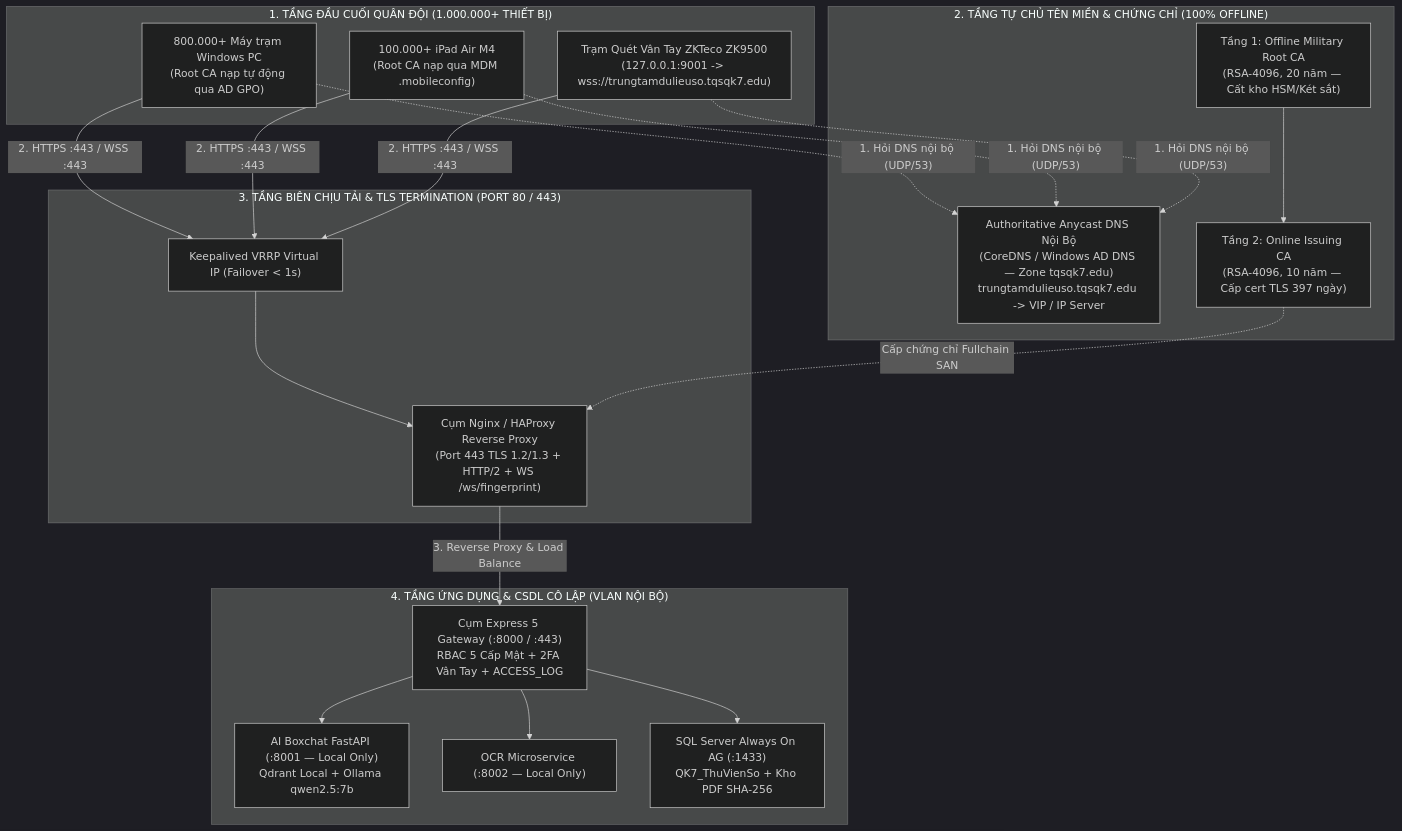
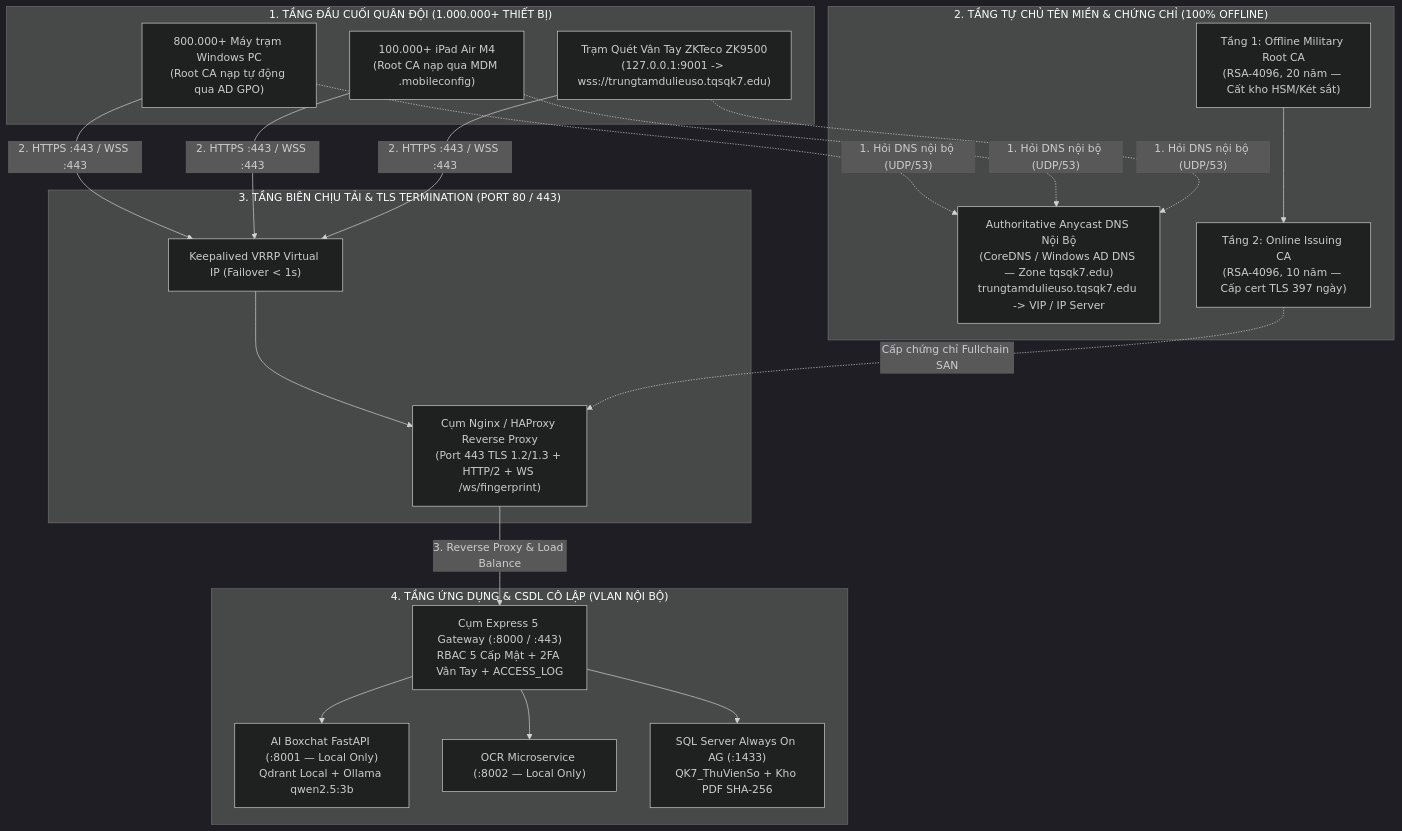
The diagram in docs/architecture/MILITARY_AUTONOMOUS_INFRASTRUCTURE.md (NguyenHaiAnh08/qk7-datahub), drawn with Mermaid (dark theme) before and after one commit. The commit also changed 38 other files, not shown here.

````diff
--- a/docs/architecture/MILITARY_AUTONOMOUS_INFRASTRUCTURE.md
+++ b/docs/architecture/MILITARY_AUTONOMOUS_INFRASTRUCTURE.md
@@ -19,36 +19,36 @@
 ```mermaid
 flowchart TD
     subgraph CLIENTS ["1. TẦNG ĐẦU CUỐI QUÂN ĐỘI (1.000.000+ THIẾT BỊ)"]
         PC["800.000+ Máy trạm Windows PC<br/>(Root CA nạp tự động qua AD GPO)"]
         IPAD["100.000+ iPad Air M4<br/>(Root CA nạp qua MDM .mobileconfig)"]
         ZK["Trạm Quét Vân Tay ZKTeco ZK9500<br/>(127.0.0.1:9001 -> wss://trungtamdulieuso.tqsqk7.edu)"]
     end
 
     subgraph DNS_PKI ["2. TẦNG TỰ CHỦ TÊN MIỀN & CHỨNG CHỈ (100% OFFLINE)"]
         DNS["Authoritative Anycast DNS Nội Bộ<br/>(CoreDNS / Windows AD DNS — Zone tqsqk7.edu)<br/>trungtamdulieuso.tqsqk7.edu -> VIP / IP Server"]
         ROOTCA["Tầng 1: Offline Military Root CA<br/>(RSA-4096, 20 năm — Cất kho HSM/Két sắt)"]
         ISSCA["Tầng 2: Online Issuing CA<br/>(RSA-4096, 10 năm — Cấp cert TLS 397 ngày)"]
         ROOTCA --> ISSCA
     end
 
     subgraph EDGE ["3. TẦNG BIÊN CHỊU TẢI & TLS TERMINATION (PORT 80 / 443)"]
         VIP["Keepalived VRRP Virtual IP (Failover < 1s)"]
         PROXY["Cụm Nginx / HAProxy Reverse Proxy<br/>(Port 443 TLS 1.2/1.3 + HTTP/2 + WS /ws/fingerprint)"]
         VIP --> PROXY
     end
 
     subgraph CORE ["4. TẦNG ỨNG DỤNG & CSDL CÔ LẬP (VLAN NỘI BỘ)"]
         GW["Cụm Express 5 Gateway (:8000 / :443)<br/>RBAC 5 Cấp Mật + 2FA Vân Tay + ACCESS_LOG"]
-        AI["AI Boxchat FastAPI (:8001 — Local Only)<br/>Qdrant Local + Ollama qwen2.5:7b"]
+        AI["AI Boxchat FastAPI (:8001 — Local Only)<br/>Qdrant Local + Ollama qwen2.5:3b"]
         OCR["OCR Microservice (:8002 — Local Only)"]
         DB["SQL Server Always On AG (:1433)<br/>QK7_ThuVienSo + Kho PDF SHA-256"]
         GW --> AI
         GW --> OCR
         GW --> DB
     end
 
     PC & IPAD & ZK -. "1. Hỏi DNS nội bộ (UDP/53)" .-> DNS
     PC & IPAD & ZK -- "2. HTTPS :443 / WSS :443" --> VIP
     PROXY -- "3. Reverse Proxy & Load Balance" --> GW
     ISSCA -. "Cấp chứng chỉ Fullchain SAN" .-> PROXY
 ```
````
